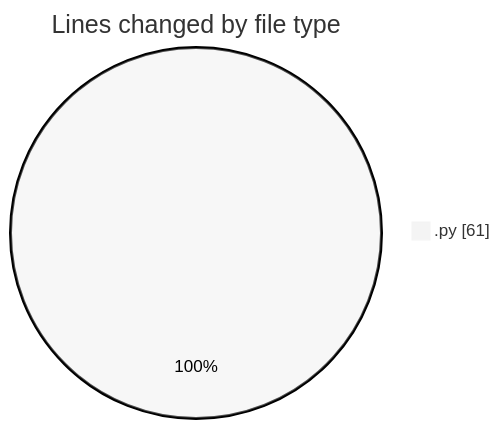
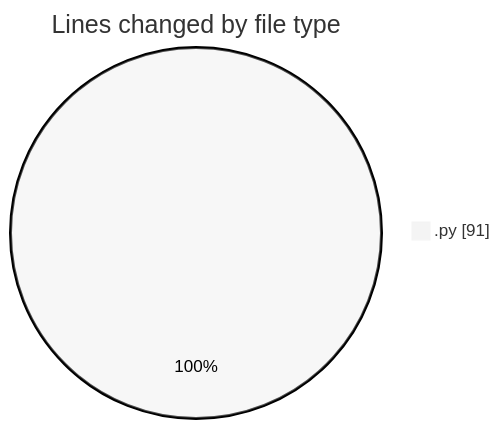
One commit to julien-gomy/code-tracking changed the first of 2 diagrams in 2025-11-21/eventscop-api-guide__workspace_/README.md. Above: the diagram before and after it, drawn with Mermaid (neutral theme). The commit also changed other lines of this file and 1 other file, not shown here.

````diff
--- a/2025-11-21/eventscop-api-guide__workspace_/README.md
+++ b/2025-11-21/eventscop-api-guide__workspace_/README.md
@@ -21,5 +21,5 @@
 ```mermaid
 pie showData
 title Lines changed by file type
-".py" : 61
+".py" : 91
 ```
````
